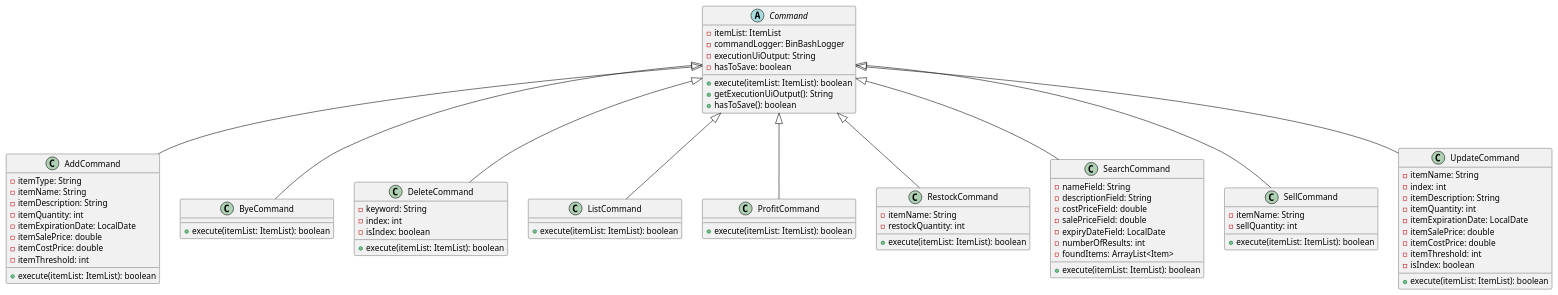
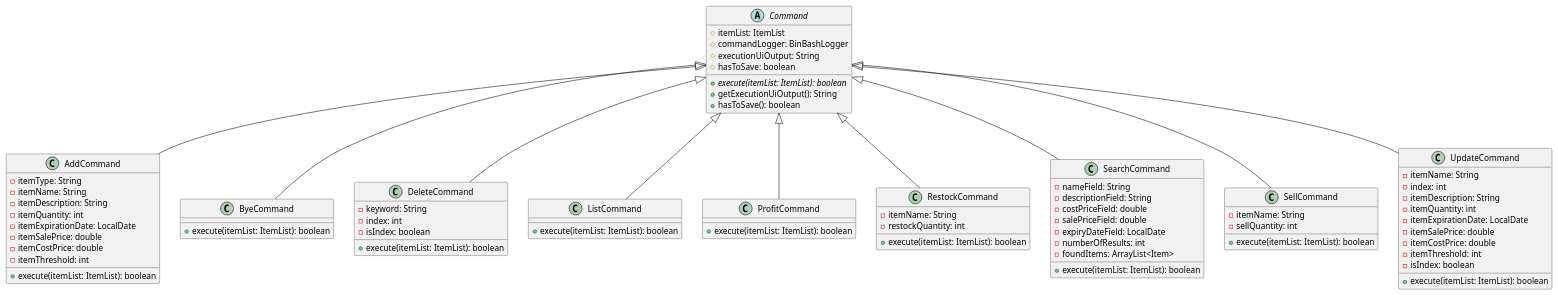
One commit to AY2324S2-CS2113T-T09-2/tp changed the diagram in docs/diagrams/CommandClassDiagram.puml. Above: the diagram before and after it, drawn with PlantUML.

Commit message:
Update CommandClassDiagram

```diff
--- a/docs/diagrams/CommandClassDiagram.puml
+++ b/docs/diagrams/CommandClassDiagram.puml
@@ -1,90 +1,90 @@
 @startuml
 
 abstract class Command {
-    - itemList: ItemList
-    - commandLogger: BinBashLogger
-    - executionUiOutput: String
-    - hasToSave: boolean
-    + execute(itemList: ItemList): boolean
+    # itemList: ItemList
+    # commandLogger: BinBashLogger
+    # executionUiOutput: String
+    # hasToSave: boolean
+    + {abstract} execute(itemList: ItemList): boolean
     + getExecutionUiOutput(): String
     + hasToSave(): boolean
 }
 
 class AddCommand {
     - itemType: String
     - itemName: String
     - itemDescription: String
     - itemQuantity: int
     - itemExpirationDate: LocalDate
     - itemSalePrice: double
     - itemCostPrice: double
     - itemThreshold: int
     + execute(itemList: ItemList): boolean
 }
 
 class ByeCommand {
     + execute(itemList: ItemList): boolean
 }
 
 class DeleteCommand {
     - keyword: String
     - index: int
     - isIndex: boolean
     + execute(itemList: ItemList): boolean
 }
 
 class ListCommand {
     + execute(itemList: ItemList): boolean
 }
 
 class ProfitCommand {
     + execute(itemList: ItemList): boolean
 }
 
 class RestockCommand {
     - itemName: String
     - restockQuantity: int
     + execute(itemList: ItemList): boolean
 }
 
 class SearchCommand {
     - nameField: String
     - descriptionField: String
     - costPriceField: double
     - salePriceField: double
     - expiryDateField: LocalDate
     - numberOfResults: int
     - foundItems: ArrayList<Item>
     + execute(itemList: ItemList): boolean
 }
 
 class SellCommand {
     - itemName: String
     - sellQuantity: int
     + execute(itemList: ItemList): boolean
 }
 
 class UpdateCommand {
     - itemName: String
     - index: int
     - itemDescription: String
     - itemQuantity: int
     - itemExpirationDate: LocalDate
     - itemSalePrice: double
     - itemCostPrice: double
     - itemThreshold: int
     - isIndex: boolean
     + execute(itemList: ItemList): boolean
 }
 
 Command <|-- AddCommand
 Command <|-- ByeCommand
 Command <|-- DeleteCommand
 Command <|-- ListCommand
 Command <|-- ProfitCommand
 Command <|-- RestockCommand
 Command <|-- SearchCommand
 Command <|-- SellCommand
 Command <|-- UpdateCommand
 
 @enduml
```
